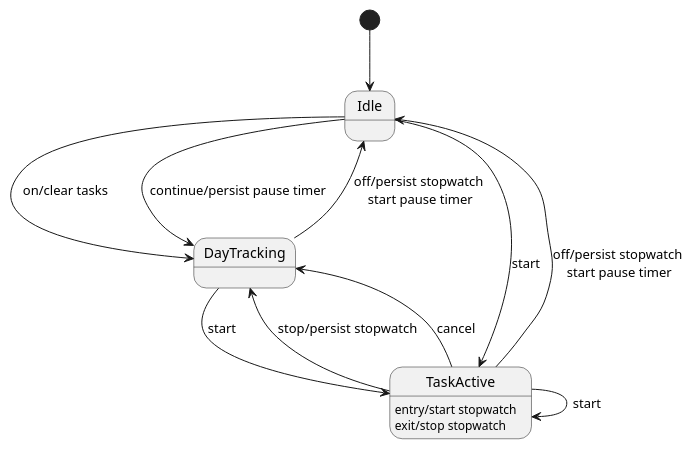
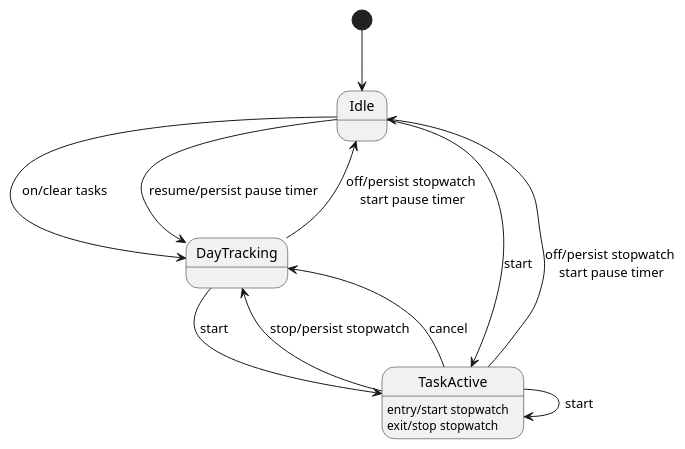
The diagram in doc/states.puml (cnaj/timetrack), drawn with PlantUML before and after one commit. The commit also changed 3 other files, not shown here.

Commit message:
Replace "continue" with "resume"

```diff
--- a/doc/states.puml
+++ b/doc/states.puml
@@ -1,22 +1,22 @@
 @startuml
 skinparam monochrome true
 skinparam shadowing false
 
 [*] --> Idle
 Idle --> DayTracking : on/clear tasks
-Idle --> DayTracking : continue/persist pause timer
+Idle --> DayTracking : resume/persist pause timer
 Idle --> TaskActive : start
 
 DayTracking --> Idle : off/persist stopwatch\n start pause timer
 DayTracking --> TaskActive : start
 
 TaskActive --> TaskActive : start
 TaskActive --> DayTracking : stop/persist stopwatch
 TaskActive --> DayTracking : cancel
 
 TaskActive --> Idle : off/persist stopwatch\n start pause timer
 
 TaskActive : entry/start stopwatch
 TaskActive : exit/stop stopwatch
 
 @enduml
```
